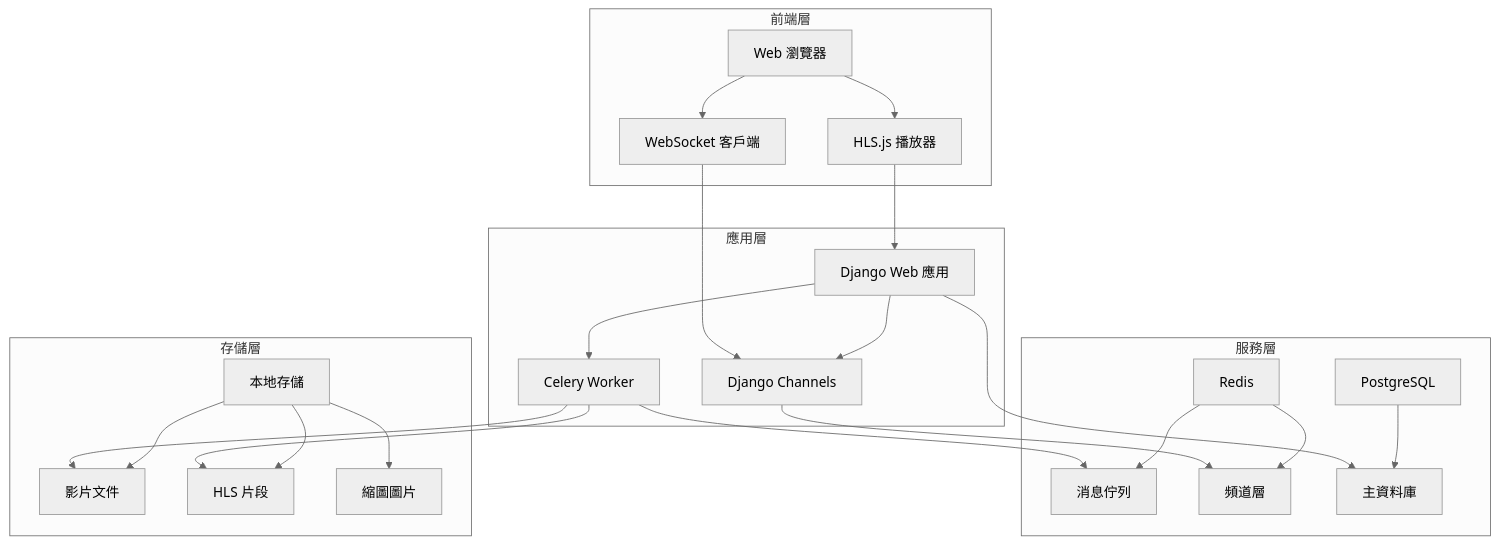
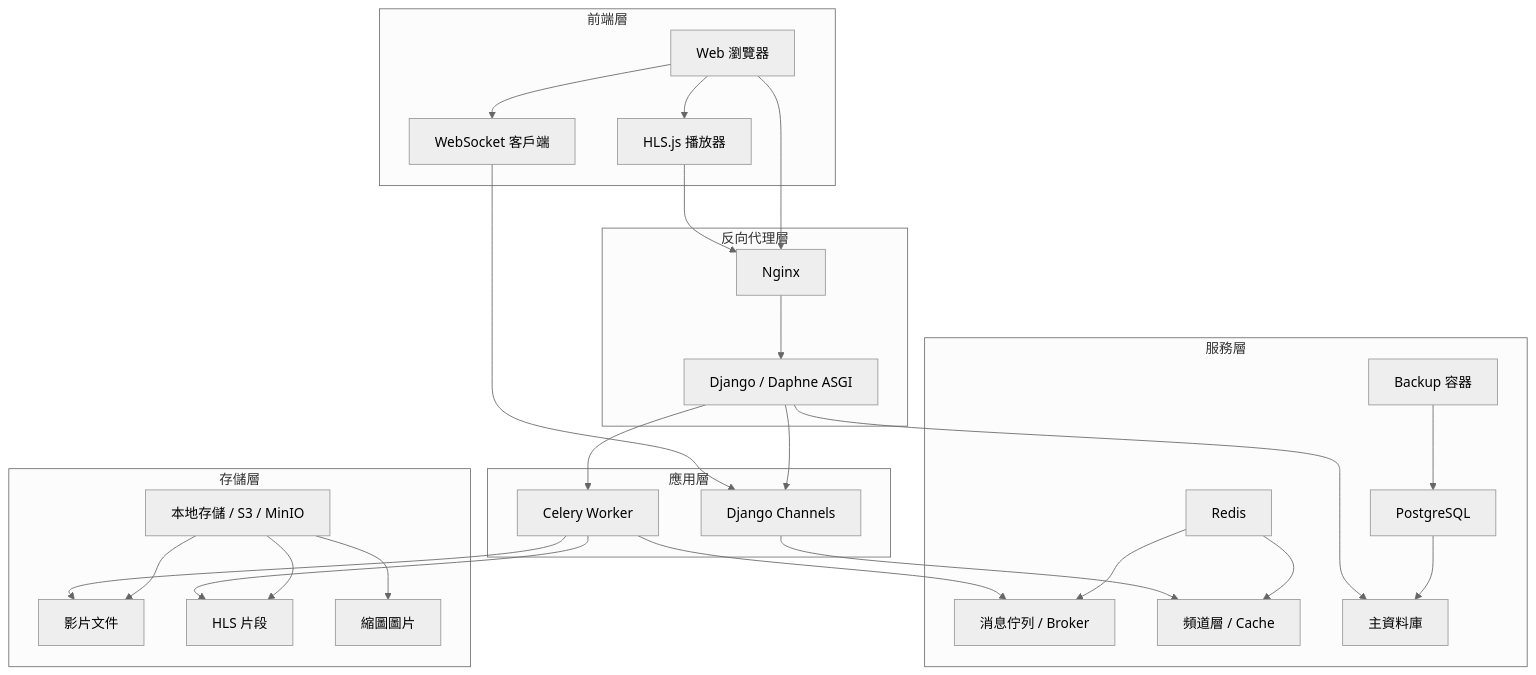
Before and after one commit to twtrubiks/django-youtube-service: the first of 2 diagrams in README.md, drawn with Mermaid (neutral theme). The commit also changed other lines of this file and 1 other file, not shown here.

Commit message:
補充 README 文檔：環境變數、安全、功能、技術棧、架構圖、專案結構等章節

````diff
--- a/README.md
+++ b/README.md
@@ -19,32 +19,38 @@
 ```mermaid
 graph TB
     subgraph "前端層"
         A[Web 瀏覽器] --> B[HLS.js 播放器]
         A --> C[WebSocket 客戶端]
     end
 
+    subgraph "反向代理層"
+        P[Nginx] --> D
+    end
+
     subgraph "應用層"
-        D[Django Web 應用] --> E[Django Channels]
+        D[Django / Daphne ASGI] --> E[Django Channels]
         D --> F[Celery Worker]
     end
 
     subgraph "服務層"
-        G[Redis] --> H[消息佇列]
-        G --> I[頻道層]
+        G[Redis] --> H[消息佇列 / Broker]
+        G --> I[頻道層 / Cache]
         J[PostgreSQL] --> K[主資料庫]
+        BK[Backup 容器] --> J
     end
 
     subgraph "存儲層"
-        L[本地存儲] --> M[影片文件]
+        L[本地存儲 / S3 / MinIO] --> M[影片文件]
         L --> N[HLS 片段]
         L --> O[縮圖圖片]
     end
 
-    B --> D
+    A --> P
+    B --> P
     C --> E
     E --> I
     F --> H
     D --> K
     F --> M
     F --> N
 ```
````
